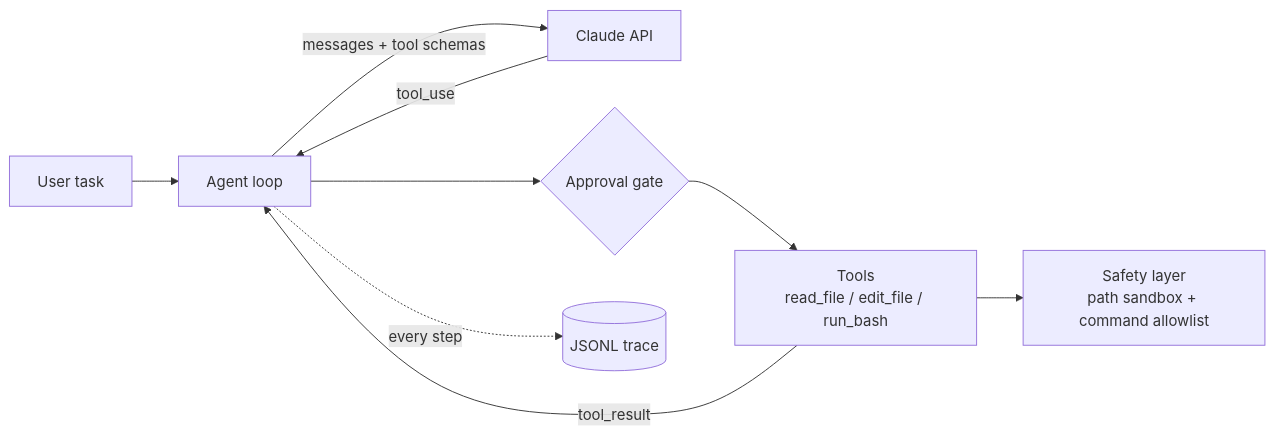
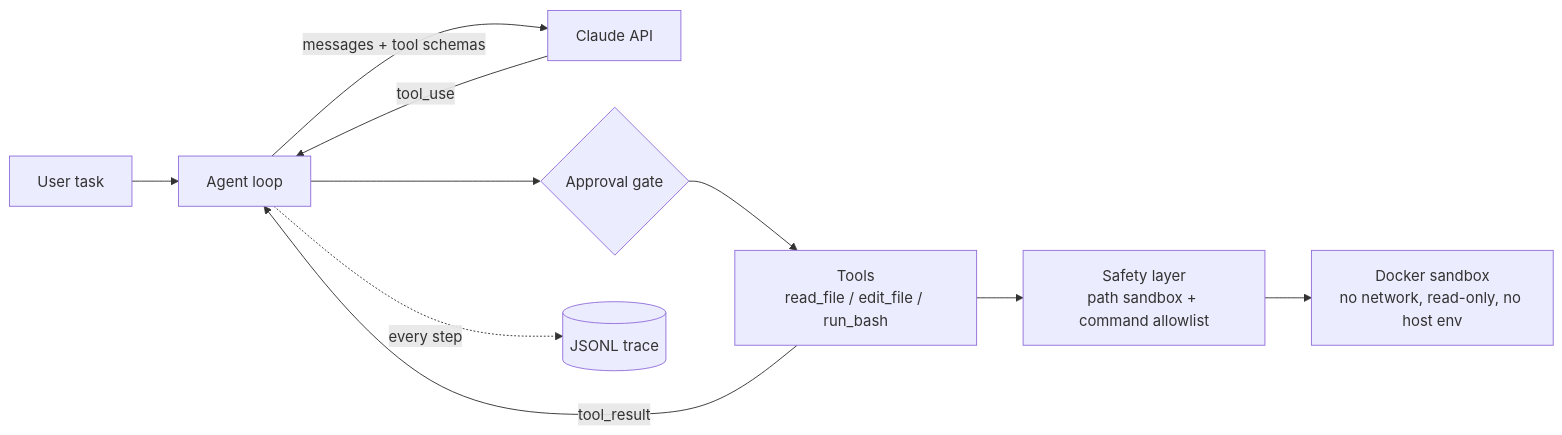
Before and after one commit to WenxueWu0216/coding-agent: the first of 4 diagrams in README.md, drawn with Mermaid. The commit also changed other lines of this file and 8 other files, not shown here.

First line of the commit message:
Run agent commands, the completion gate and hidden tests in a Docker sandbox

````diff
--- a/README.md
+++ b/README.md
@@ -32,11 +32,12 @@
 ```mermaid
 flowchart LR
     U[User task] --> L[Agent loop]
     L -- messages + tool schemas --> M[Claude API]
     M -- tool_use --> L
     L --> G{Approval gate}
     G --> T[Tools<br/>read_file / edit_file / run_bash]
     T --> S[Safety layer<br/>path sandbox + command allowlist]
+    S --> D[Docker sandbox<br/>no network, read-only, no host env]
     T -- tool_result --> L
     L -. every step .-> TR[(JSONL trace)]
 ```
````
